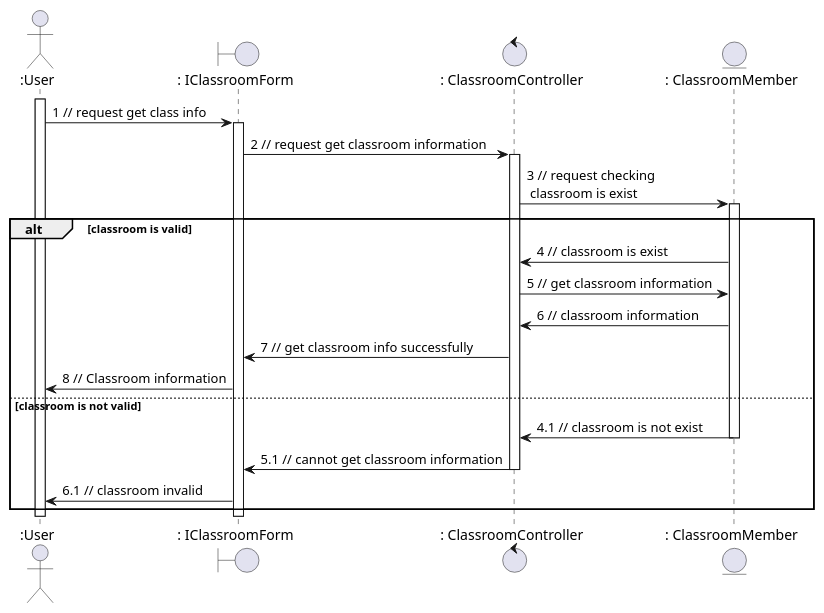
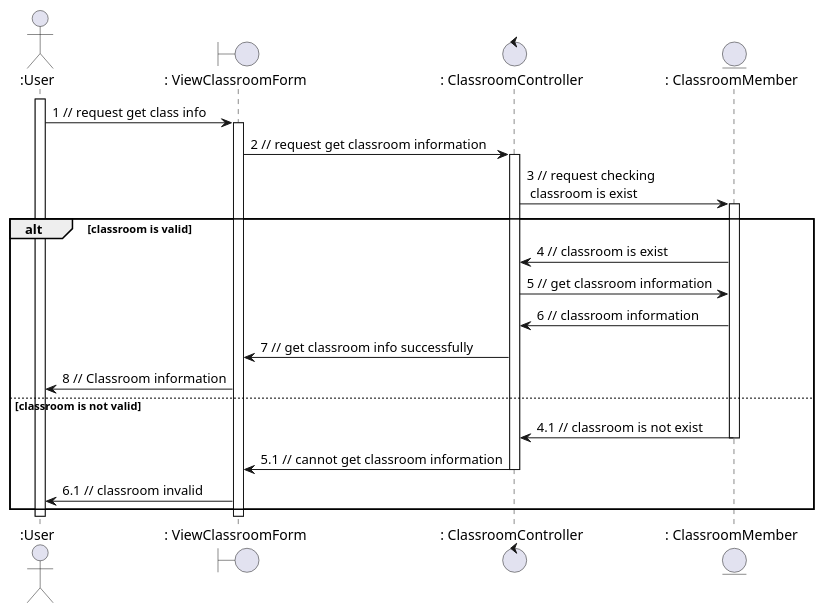
The diagram in sequence - analaysis/classroom/viewClass.plantuml (anonyhostvn/OOAD-Diagram), drawn with PlantUML before and after one commit. The commit also changed 5 other files, not shown here.

```diff
--- a/sequence - analaysis/classroom/viewClass.plantuml
+++ b/sequence - analaysis/classroom/viewClass.plantuml
@@ -1,32 +1,32 @@
 @startuml viewClass
 
 actor ":User"
-boundary ": IClassroomForm"
+boundary ": ViewClassroomForm"
 control ": ClassroomController"
 entity ": ClassroomMember"
 
 activate ":User"
-":User" -> ": IClassroomForm": 1 // request get class info
-activate ": IClassroomForm"
-": IClassroomForm" -> ": ClassroomController": 2 // request get classroom information
+":User" -> ": ViewClassroomForm": 1 // request get class info
+activate ": ViewClassroomForm"
+": ViewClassroomForm" -> ": ClassroomController": 2 // request get classroom information
 activate ": ClassroomController"
 ": ClassroomController" -> ": ClassroomMember": 3 // request checking \n classroom is exist
 activate ": ClassroomMember"
 alt classroom is valid
     ": ClassroomMember" -> ": ClassroomController": 4 // classroom is exist
     ": ClassroomController" -> ": ClassroomMember": 5 // get classroom information
     ": ClassroomMember" -> ": ClassroomController": 6 // classroom information
-    ": ClassroomController" -> ": IClassroomForm": 7 // get classroom info successfully
-    ": IClassroomForm" -> ":User": 8 // Classroom information
+    ": ClassroomController" -> ": ViewClassroomForm": 7 // get classroom info successfully
+    ": ViewClassroomForm" -> ":User": 8 // Classroom information
 else classroom is not valid
     ": ClassroomMember" -> ": ClassroomController": 4.1 // classroom is not exist
     deactivate ": ClassroomMember"
-    ": ClassroomController" -> ": IClassroomForm": 5.1 // cannot get classroom information
+    ": ClassroomController" -> ": ViewClassroomForm": 5.1 // cannot get classroom information
     deactivate ": ClassroomController"
-    ": IClassroomForm" -> ":User": 6.1 // classroom invalid
+    ": ViewClassroomForm" -> ":User": 6.1 // classroom invalid
 end
 
-deactivate ": IClassroomForm"
+deactivate ": ViewClassroomForm"
 deactivate ":User"
 
 @enduml
```
